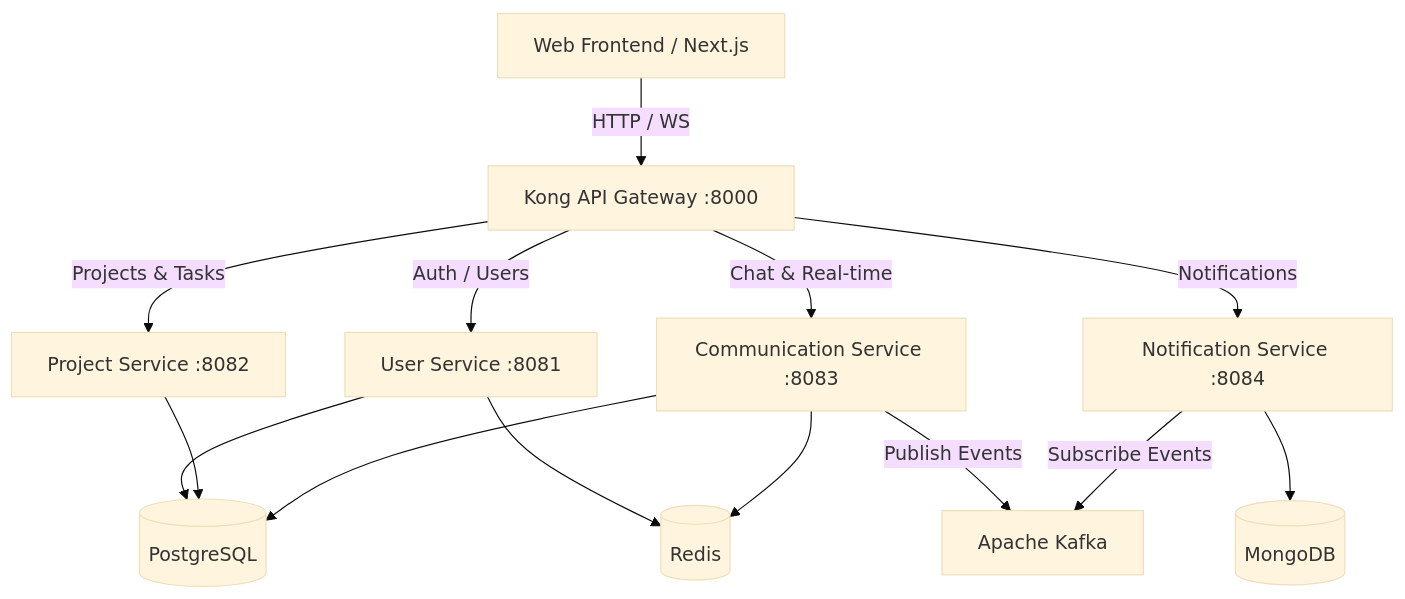
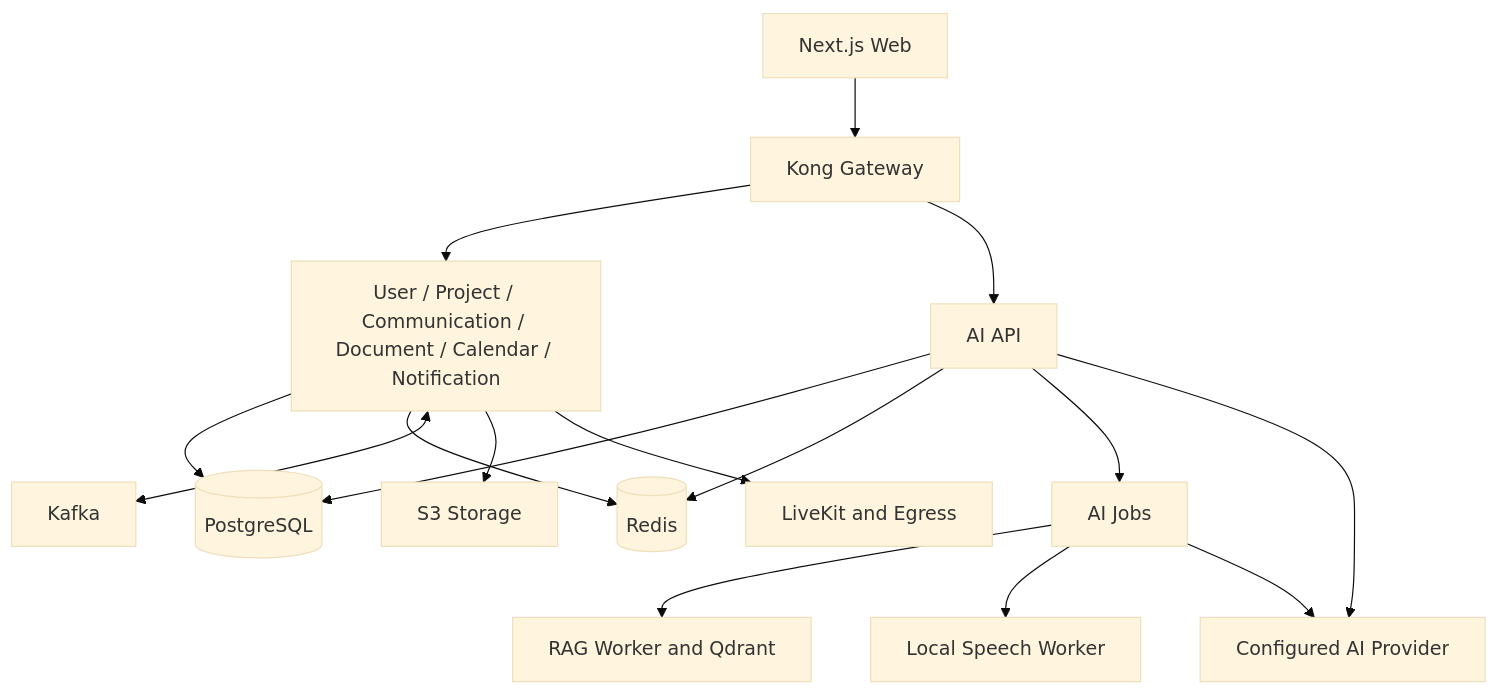
The diagram in README.md (phamthanhtrivn/workspace_hub), drawn with Mermaid (base theme) before and after one commit. The commit also changed other lines of this file and 2405 other files, not shown here.

````diff
--- a/README.md
+++ b/README.md
@@ -32,21 +45,18 @@
-```mermaid
-graph TD
-    Client[Web Frontend / Next.js] -->|HTTP / WS| Gateway[Kong API Gateway :8000]
-
-    Gateway -->|Auth / Users| UserService[User Service :8081]
-    Gateway -->|Projects & Tasks| ProjectService[Project Service :8082]
-    Gateway -->|Chat & Real-time| CommService[Communication Service :8083]
-    Gateway -->|Notifications| NotifyService[Notification Service :8084]
-
-    UserService --> DB_Postgres[(PostgreSQL)]
-    UserService --> Cache_Redis[(Redis)]
-
-    ProjectService --> DB_Postgres[(PostgreSQL)]
-
-    CommService --> DB_Postgres[(PostgreSQL)]
-    CommService --> Cache_Redis[(Redis)]
-    CommService -->|Publish Events| Kafka[Apache Kafka]
-
-    NotifyService -->|Subscribe Events| Kafka
-    NotifyService --> DB_Mongo[(MongoDB)]
-```
+~~~mermaid
+flowchart TD
+    Web[Next.js Web] --> Kong[Kong Gateway]
+    Kong --> Business[User / Project / Communication / Document / Calendar / Notification]
+    Kong --> AI[AI API]
+    Business --> Postgres[(PostgreSQL)]
+    Business --> Redis[(Redis)]
+    Business <--> Kafka[Kafka]
+    Business --> S3[S3 Storage]
+    Business --> LiveKit[LiveKit and Egress]
+    AI --> Postgres
+    AI --> Redis
+    AI --> Jobs[AI Jobs]
+    Jobs --> RAG[RAG Worker and Qdrant]
+    Jobs --> Speech[Local Speech Worker]
+    AI --> Model[Configured AI Provider]
+    Jobs --> Model
+~~~
````
